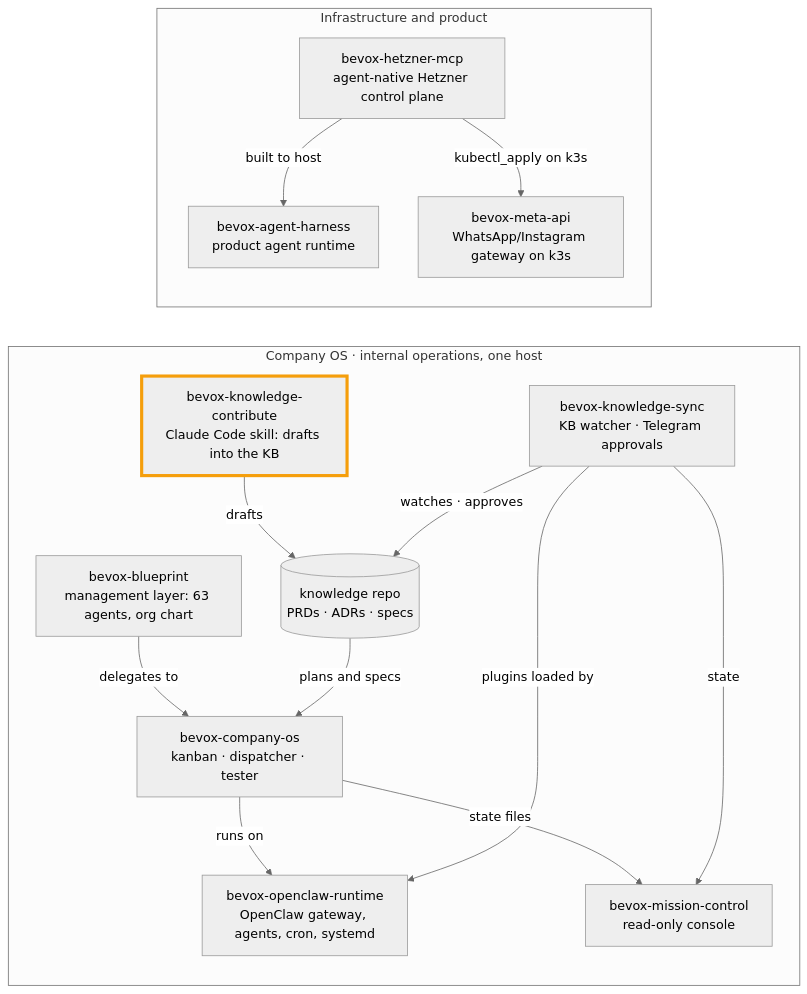
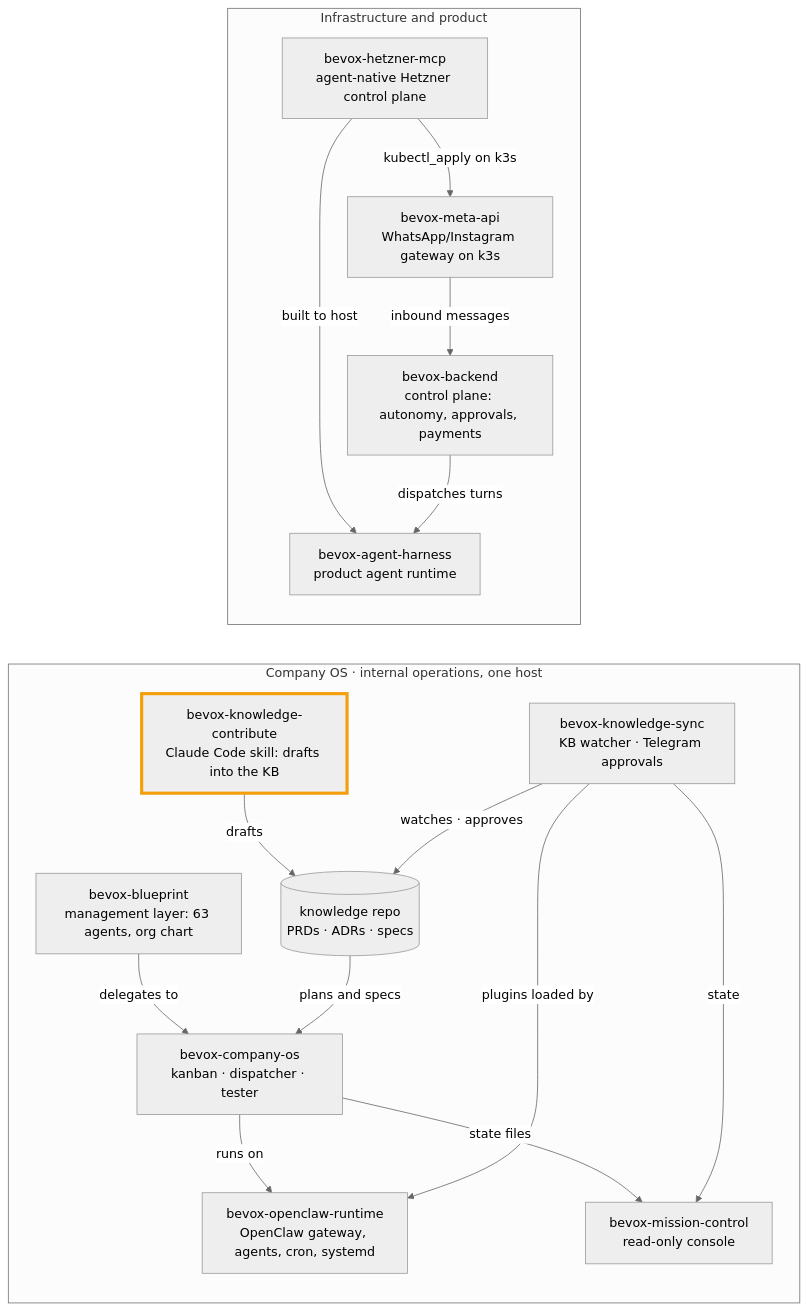
Before and after one commit to bernardTavares/bevox-knowledge-contribute: the diagram in README.md, drawn with Mermaid (neutral theme). The commit also changed other lines of this file, not shown here.

Commit message:
docs: add bevox-backend to the repo map
Claude-Session: https://claude.ai/code/session_01Qj817cr8c8u4ecWaCmkuX1

````diff
--- a/README.md
+++ b/README.md
@@ -108,31 +108,34 @@
 ```mermaid
 flowchart LR
   subgraph OPS["Company OS · internal operations, one host"]
     direction TB
     BP["bevox-blueprint<br/>management layer: 63 agents, org chart"]
     RT["bevox-openclaw-runtime<br/>OpenClaw gateway, agents, cron, systemd"]
     COS["bevox-company-os<br/>kanban · dispatcher · tester"]
     MC["bevox-mission-control<br/>read-only console"]
     KS["bevox-knowledge-sync<br/>KB watcher · Telegram approvals"]
     KC["bevox-knowledge-contribute<br/>Claude Code skill: drafts into the KB"]
     KB[("knowledge repo<br/>PRDs · ADRs · specs")]
   end
   subgraph INFRA["Infrastructure and product"]
     direction TB
     HZ["bevox-hetzner-mcp<br/>agent-native Hetzner control plane"]
     H["bevox-agent-harness<br/>product agent runtime"]
     MA["bevox-meta-api<br/>WhatsApp/Instagram gateway on k3s"]
+    BE["bevox-backend<br/>control plane: autonomy, approvals, payments"]
   end
   BP -->|delegates to| COS
   COS -->|runs on| RT
   KS -->|plugins loaded by| RT
   KC -->|drafts| KB
   KS -->|watches · approves| KB
   KB -->|plans and specs| COS
   COS -->|state files| MC
   KS -->|state| MC
   HZ -->|built to host| H
   HZ -->|kubectl_apply on k3s| MA
+  MA -->|inbound messages| BE
+  BE -->|dispatches turns| H
   classDef here stroke:#f59e0b,stroke-width:4px
   class KC here
 ```
````
